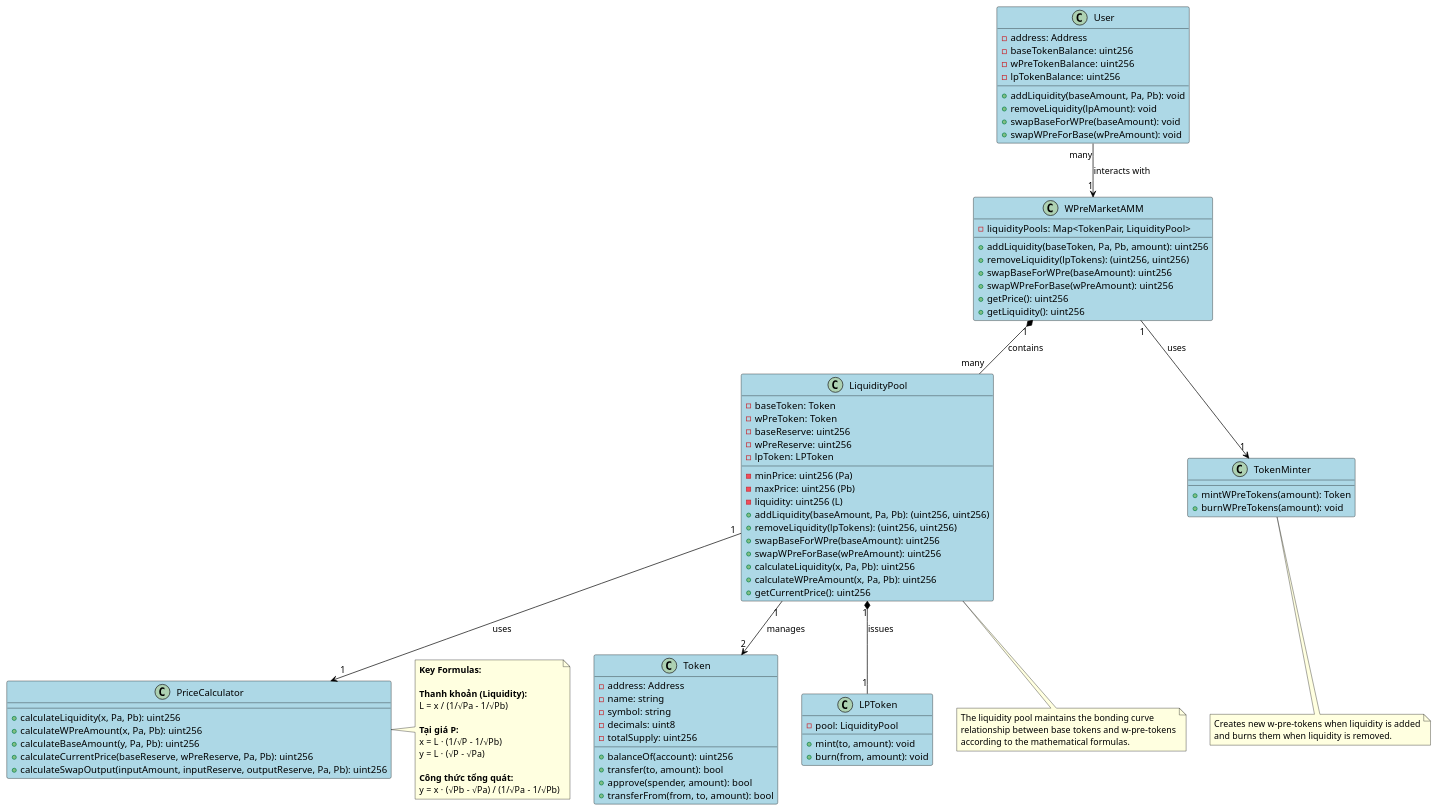
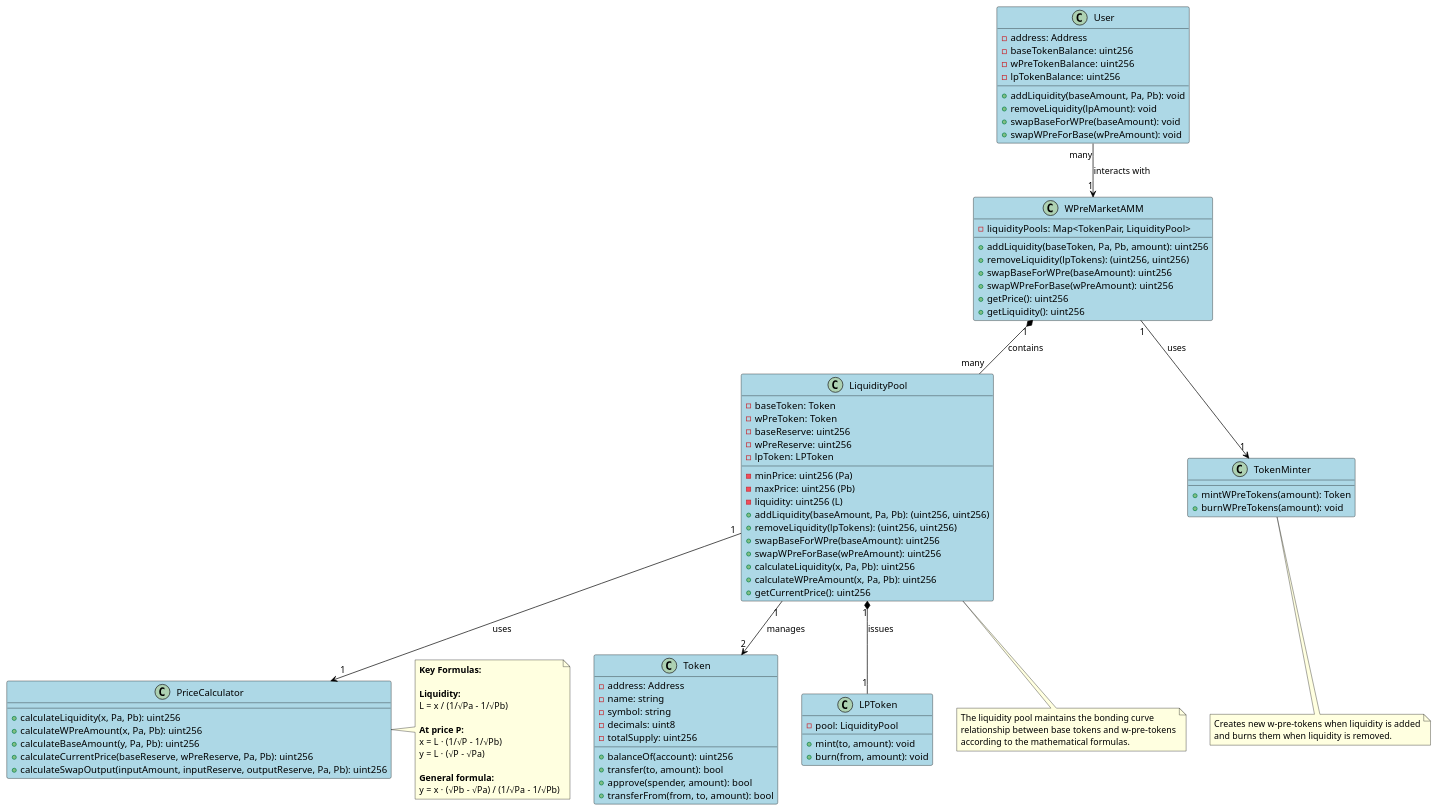
Before and after one commit to nierdna/hermit-diagrams: the diagram in whales/w_pre_market_amm_class.wsd, drawn with PlantUML. The commit also changed 2 other files, not shown here.

Commit message:
Update AMM documentation with English formula labels
Translate Vietnamese formula labels to English in PlantUML diagrams for:
- w_pre_market_amm_class.wsd
- w_pre_market_amm_component.wsd
- w_pre_market_amm.wsd

Improve diagram readability by using clear, language-neutral terminology

```diff
--- a/whales/w_pre_market_amm_class.wsd
+++ b/whales/w_pre_market_amm_class.wsd
@@ -1,124 +1,124 @@
 @startuml W-Pre-market AMM Class Diagram
 
 ' Style
 skinparam class {
     BackgroundColor LightBlue
     BorderColor Black
     ArrowColor Black
 }
 
 skinparam note {
     BackgroundColor LightYellow
     BorderColor Black
 }
 
 ' Classes
 class WPreMarketAMM {
     - liquidityPools: Map<TokenPair, LiquidityPool>
     + addLiquidity(baseToken, Pa, Pb, amount): uint256
     + removeLiquidity(lpTokens): (uint256, uint256)
     + swapBaseForWPre(baseAmount): uint256
     + swapWPreForBase(wPreAmount): uint256
     + getPrice(): uint256
     + getLiquidity(): uint256
 }
 
 class LiquidityPool {
     - baseToken: Token
     - wPreToken: Token
     - baseReserve: uint256
     - wPreReserve: uint256
     - minPrice: uint256 (Pa)
     - maxPrice: uint256 (Pb)
     - liquidity: uint256 (L)
     - lpToken: LPToken
     
     + addLiquidity(baseAmount, Pa, Pb): (uint256, uint256)
     + removeLiquidity(lpTokens): (uint256, uint256)
     + swapBaseForWPre(baseAmount): uint256
     + swapWPreForBase(wPreAmount): uint256
     + calculateLiquidity(x, Pa, Pb): uint256
     + calculateWPreAmount(x, Pa, Pb): uint256
     + getCurrentPrice(): uint256
 }
 
 class PriceCalculator {
     + calculateLiquidity(x, Pa, Pb): uint256
     + calculateWPreAmount(x, Pa, Pb): uint256
     + calculateBaseAmount(y, Pa, Pb): uint256
     + calculateCurrentPrice(baseReserve, wPreReserve, Pa, Pb): uint256
     + calculateSwapOutput(inputAmount, inputReserve, outputReserve, Pa, Pb): uint256
 }
 
 class TokenMinter {
     + mintWPreTokens(amount): Token
     + burnWPreTokens(amount): void
 }
 
 class Token {
     - address: Address
     - name: string
     - symbol: string
     - decimals: uint8
     - totalSupply: uint256
     
     + balanceOf(account): uint256
     + transfer(to, amount): bool
     + approve(spender, amount): bool
     + transferFrom(from, to, amount): bool
 }
 
 class LPToken {
     - pool: LiquidityPool
     
     + mint(to, amount): void
     + burn(from, amount): void
 }
 
 class User {
     - address: Address
     - baseTokenBalance: uint256
     - wPreTokenBalance: uint256
     - lpTokenBalance: uint256
     
     + addLiquidity(baseAmount, Pa, Pb): void
     + removeLiquidity(lpAmount): void
     + swapBaseForWPre(baseAmount): void
     + swapWPreForBase(wPreAmount): void
 }
 
 ' Relationships
 WPreMarketAMM "1" *-- "many" LiquidityPool : contains
 LiquidityPool "1" *-- "1" LPToken : issues
 LiquidityPool "1" --> "1" PriceCalculator : uses
 WPreMarketAMM "1" --> "1" TokenMinter : uses
 User "many" --> "1" WPreMarketAMM : interacts with
 LiquidityPool "1" --> "2" Token : manages
 
 ' Notes with formulas
 note right of PriceCalculator
   <b>Key Formulas:</b>
   
-  <b>Thanh khoản (Liquidity):</b>
+  <b>Liquidity:</b>
   L = x / (1/√Pa - 1/√Pb)
   
-  <b>Tại giá P:</b>
+  <b>At price P:</b>
   x = L · (1/√P - 1/√Pb)
   y = L · (√P - √Pa)
   
-  <b>Công thức tổng quát:</b>
+  <b>General formula:</b>
   y = x · (√Pb - √Pa) / (1/√Pa - 1/√Pb)
 end note
 
 note bottom of LiquidityPool
   The liquidity pool maintains the bonding curve
   relationship between base tokens and w-pre-tokens
   according to the mathematical formulas.
 end note
 
 note bottom of TokenMinter
   Creates new w-pre-tokens when liquidity is added
   and burns them when liquidity is removed.
 end note
 
 @enduml 
```
